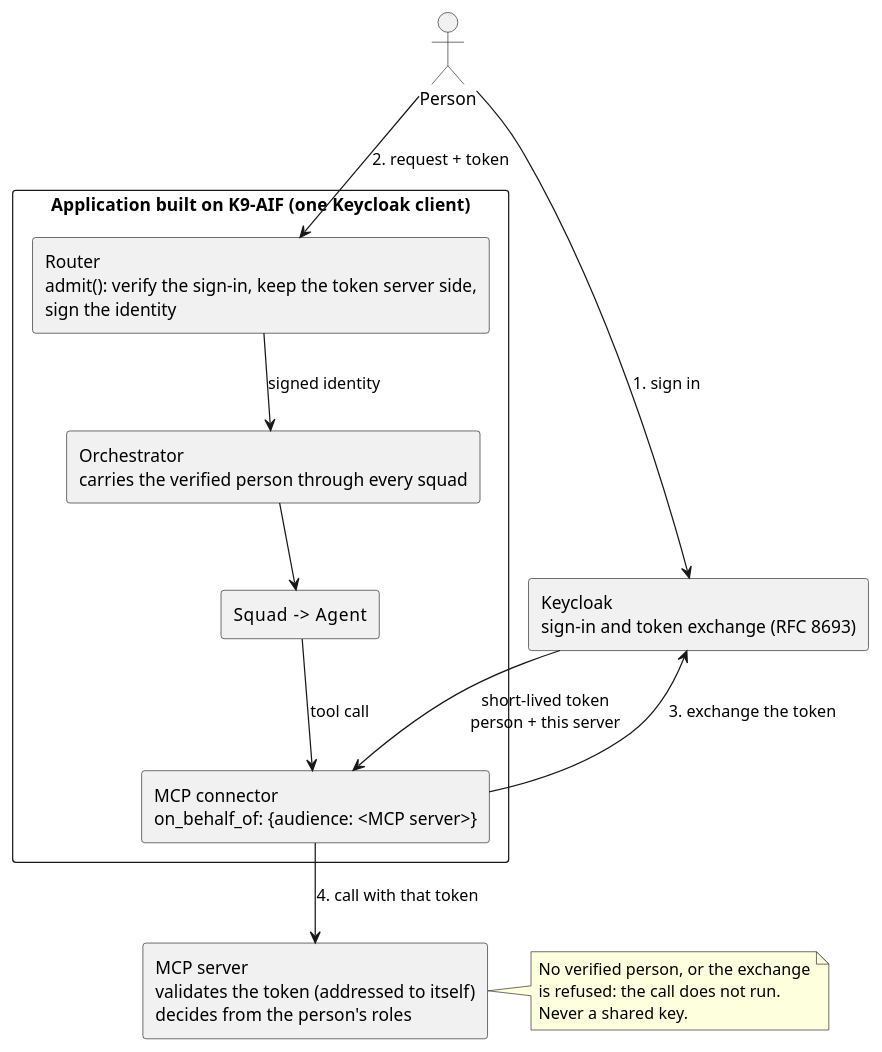
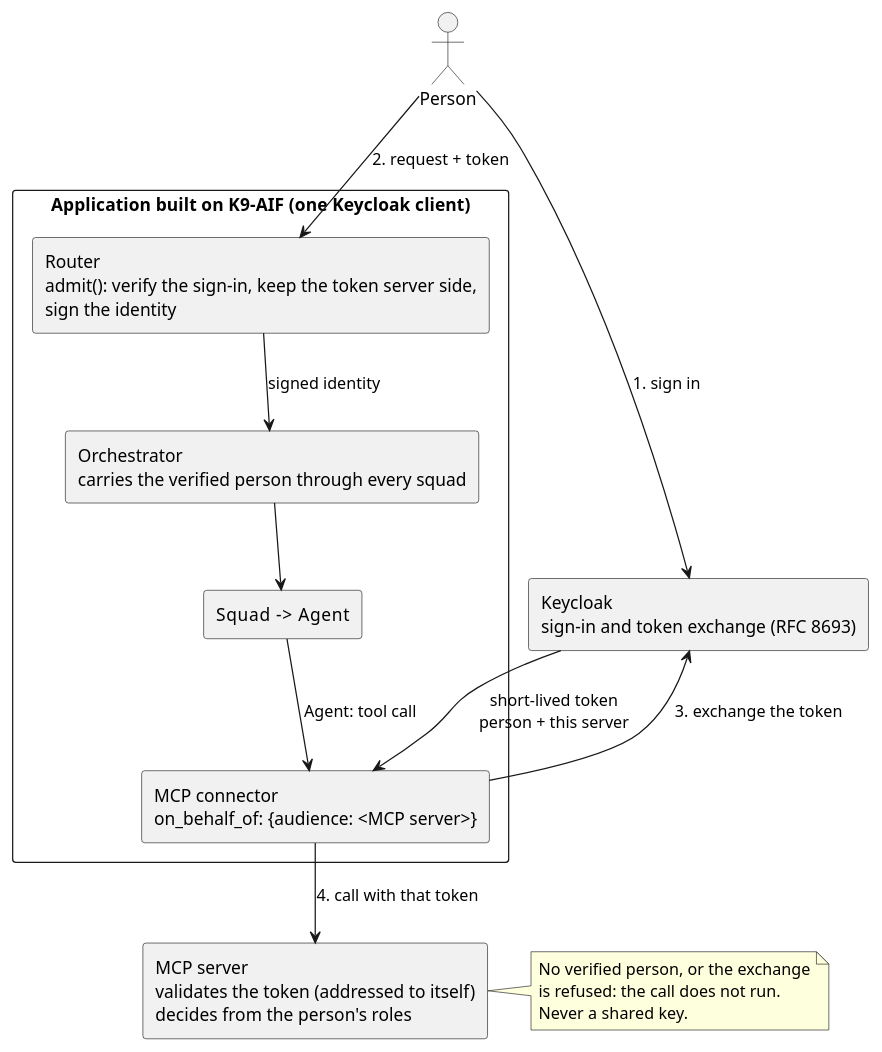
Before and after one commit to k9aif/k9-aif-blogs: the diagram in assets/diagrams/on_behalf_of_block.puml, drawn with PlantUML. The commit also changed 4 other files, not shown here.

Commit message:
Draft: review fixes (manual checks labelled, spec wording, framework vs app in the refusal, token lifetime, model step and agent label in diagrams)

```diff
--- a/assets/diagrams/on_behalf_of_block.puml
+++ b/assets/diagrams/on_behalf_of_block.puml
@@ -1,30 +1,30 @@
 @startuml on_behalf_of_block
 top to bottom direction
 
 actor "Person" as P
 rectangle "Keycloak\nsign-in and token exchange (RFC 8693)" as KC
 
 rectangle "Application built on K9-AIF  (one Keycloak client)" as App {
   rectangle "Router\nadmit(): verify the sign-in, keep the token server side,\nsign the identity" as R
   rectangle "Orchestrator\ncarries the verified person through every squad" as O
   rectangle "Squad  ->  Agent" as A
   rectangle "MCP connector\non_behalf_of: {audience: <MCP server>}" as C
 }
 
 rectangle "MCP server\nvalidates the token (addressed to itself)\ndecides from the person's roles" as M
 
 P --> KC : 1. sign in
 P --> R : 2. request + token
 R --> O : signed identity
 O --> A
-A --> C : tool call
+A --> C : Agent: tool call
 C --> KC : 3. exchange the token
 KC --> C : short-lived token\nperson + this server
 C --> M : 4. call with that token
 
 note right of M
   No verified person, or the exchange
   is refused: the call does not run.
   Never a shared key.
 end note
 @enduml
```
